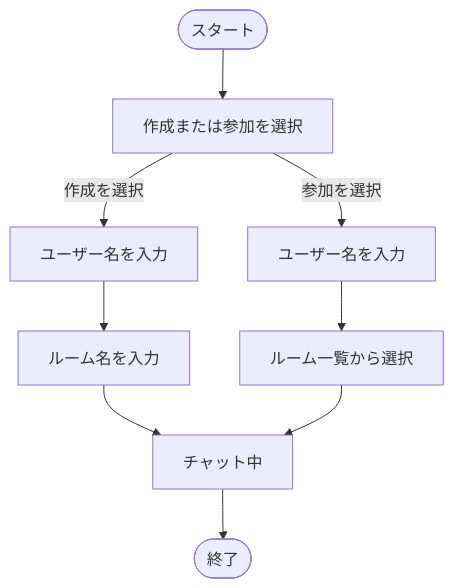
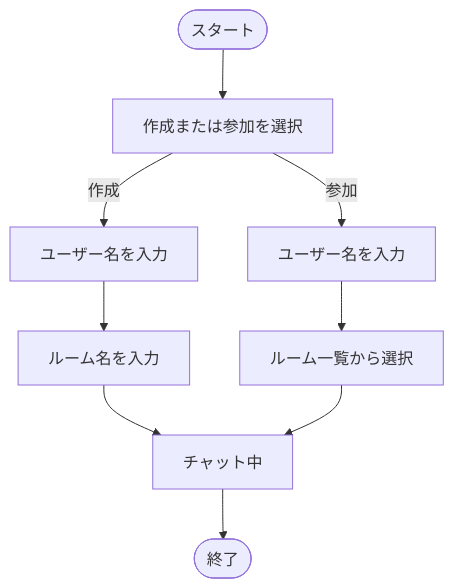
Before and after one commit to BackendExplorer/Online-Chat-Service: the first of 5 diagrams in README.md, drawn with Mermaid.

````diff
--- a/README.md
+++ b/README.md
@@ -1,19 +1,19 @@
 ```mermaid
 flowchart TD
     Start([スタート])
     選択[作成または参加を選択]
 
     入力作成[ユーザー名を入力]
     ルーム名入力[ルーム名を入力]
 
     入力参加[ユーザー名を入力]
     ルーム一覧[ルーム一覧から選択]
 
     チャット中[チャット中]
     End([終了])
 
     Start --> 選択
-    選択 -- 作成を選択 --> 入力作成 --> ルーム名入力 --> チャット中
-    選択 -- 参加を選択 --> 入力参加 --> ルーム一覧 --> チャット中
+    選択 -- 作成 --> 入力作成 --> ルーム名入力 --> チャット中
+    選択 -- 参加 --> 入力参加 --> ルーム一覧 --> チャット中
     チャット中 --> End
 ```
````
